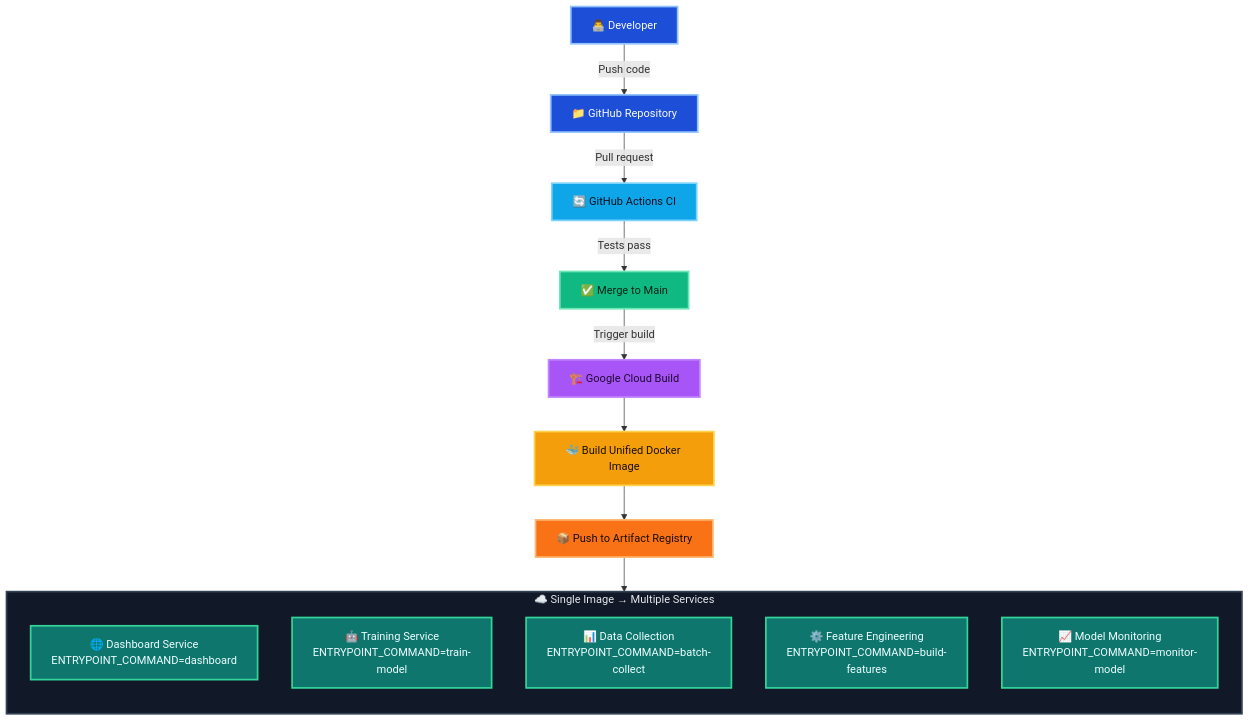
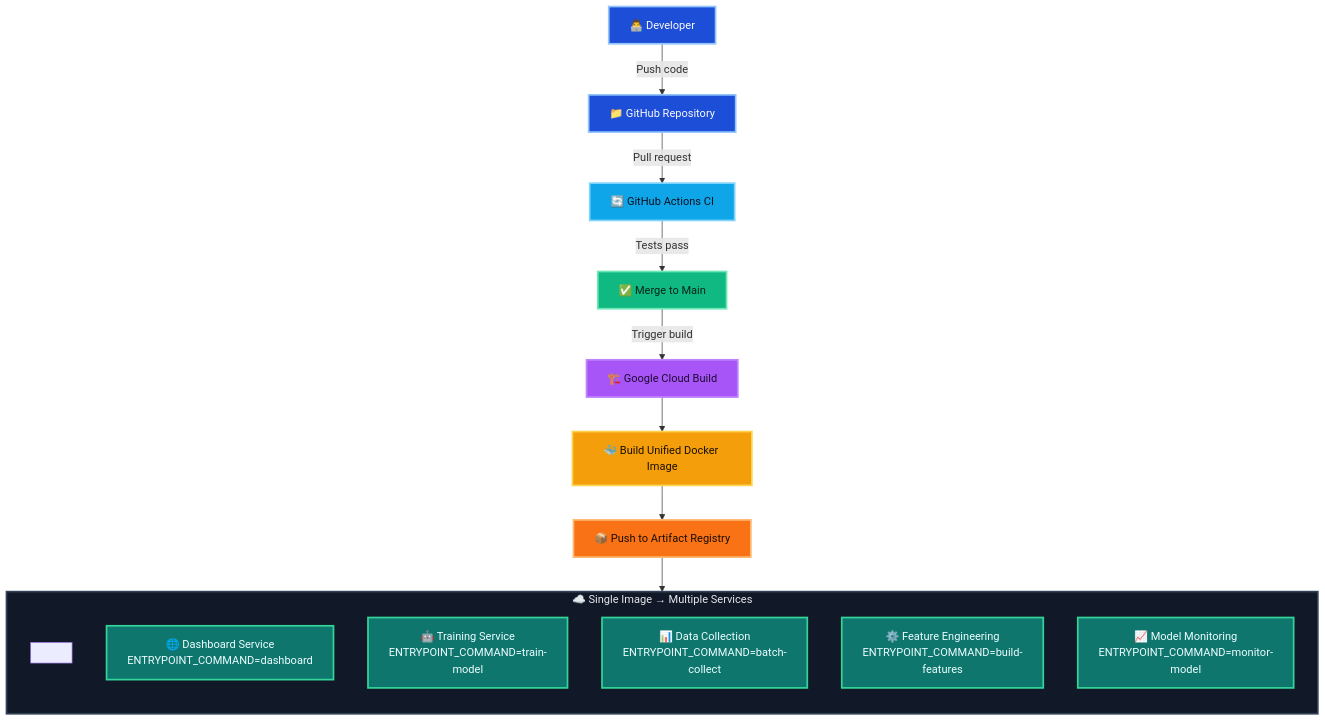
The first of 2 diagrams in README.md (scbtm/stock-market-analytics), drawn with Mermaid before and after one commit.

Commit message:
fix overlaying issue

````diff
--- a/README.md
+++ b/README.md
@@ -172,52 +172,53 @@
 ```mermaid
 %%{init: {
   "theme": "base",
   "themeVariables": {
     "fontFamily": "Inter, ui-sans-serif, system-ui, Segoe UI, Roboto, Helvetica, Arial",
     "primaryColor": "#0f172a",
     "primaryTextColor": "#f8fafc",
     "primaryBorderColor": "#334155",
     "lineColor": "#94a3b8",
     "edgeLabelBackground": "#0f172a",
     "clusterBkg": "#111827",
     "clusterBorder": "#334155"
 }}%%
 
 flowchart TB
     A[👨‍💻 Developer] -->|Push code| B[📁 GitHub Repository]
     B -->|Pull request| C[🔄 GitHub Actions CI]
     C -->|Tests pass| D[✅ Merge to Main]
     D -->|Trigger build| E[🏗️ Google Cloud Build]
 
     E --> F[🐳 Build Unified Docker Image]
     F --> G[📦 Push to Artifact Registry]
     G --> H
 
     subgraph H[☁️ Single Image → Multiple Services]
       direction TB
+      padTop[" "]:::spacer
       I[🌐 Dashboard Service<br/>ENTRYPOINT_COMMAND=dashboard]
       J[🤖 Training Service<br/>ENTRYPOINT_COMMAND=train-model]
       K[📊 Data Collection<br/>ENTRYPOINT_COMMAND=batch-collect]
       L[⚙️ Feature Engineering<br/>ENTRYPOINT_COMMAND=build-features]
       M[📈 Model Monitoring<br/>ENTRYPOINT_COMMAND=monitor-model]
     end
 
     %% Modern, high-contrast palette (reads well in light & dark)
     classDef dev fill:#1d4ed8,stroke:#93c5fd,color:#f8fafc,stroke-width:2.5px;
     classDef ci fill:#0ea5e9,stroke:#7dd3fc,color:#0b1220,stroke-width:2.5px;
     classDef merge fill:#10b981,stroke:#6ee7b7,color:#062418,stroke-width:2.5px;
     classDef build fill:#a855f7,stroke:#c084fc,color:#1f0a33,stroke-width:2.5px;
     classDef image fill:#f59e0b,stroke:#fcd34d,color:#1a1200,stroke-width:2.5px;
     classDef registry fill:#f97316,stroke:#fdba74,color:#1a0d00,stroke-width:2.5px;
     classDef group fill:#111827,stroke:#334155,color:#e5e7eb,stroke-width:2.5px;
     classDef svc fill:#0f766e,stroke:#34d399,color:#ecfeff,stroke-width:2.5px;
 
     class A,B dev;
     class C ci;
     class D merge;
     class E build;
     class F image;
     class G registry;
     class H group;
     class I,J,K,L,M svc;
 ```
````
